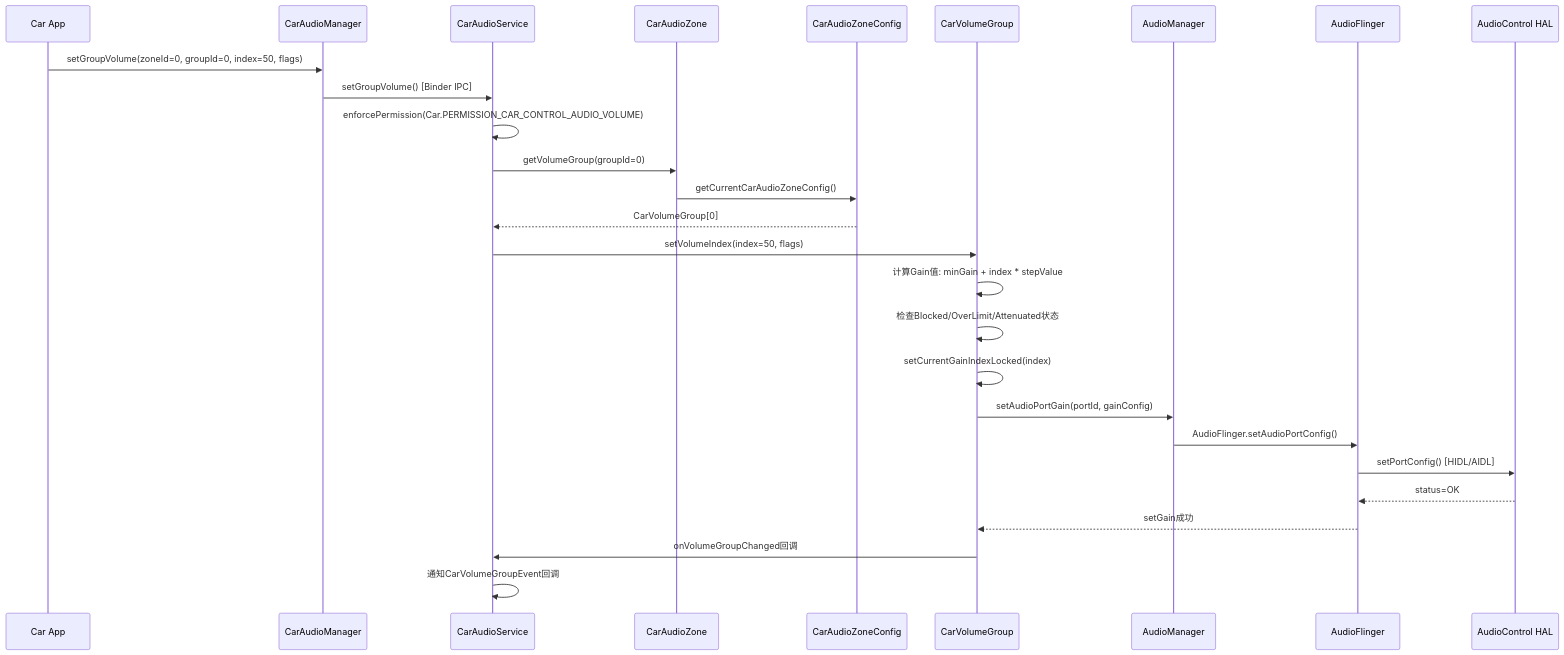
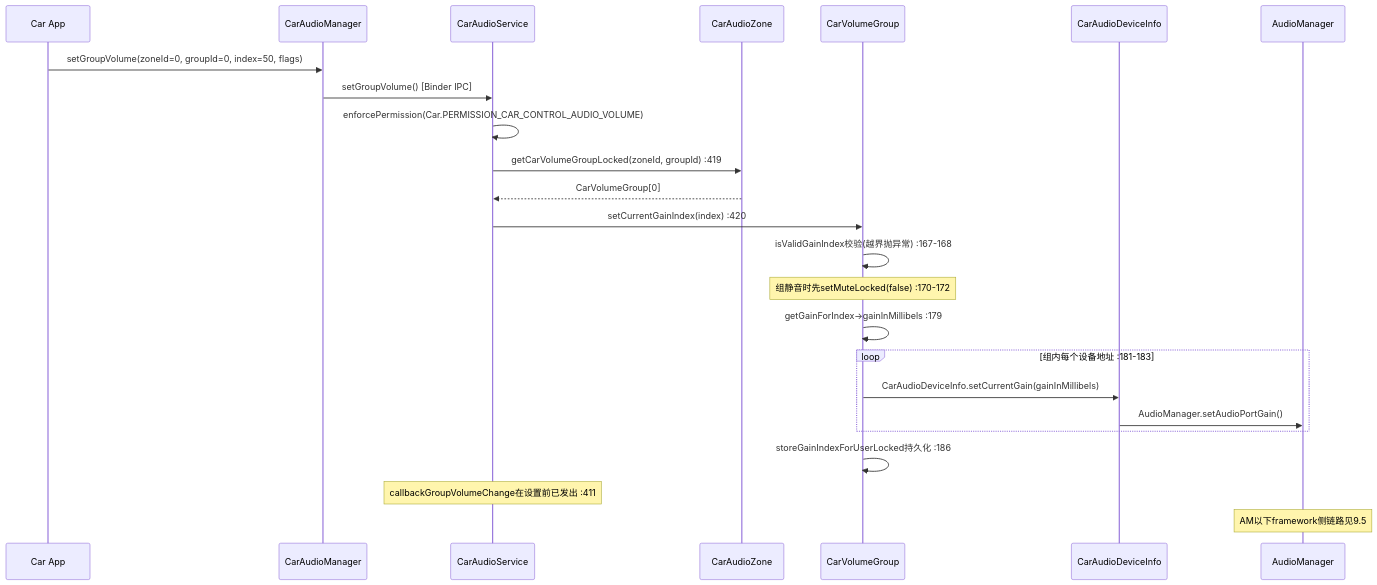
One commit to yanglinzhen1022/SA8295_AAOS_QNX_Audio_KnowledgeBase changed the first of 8 diagrams in 09_AAOS_Car_Audio/09_9.8_AAOS多Zone全栈调用链.md. Above: the diagram before and after it, drawn with Mermaid. The commit also changed other lines of this file and 16 other files, not shown here.

````diff
--- a/09_AAOS_Car_Audio/09_9.8_AAOS多Zone全栈调用链.md
+++ b/09_AAOS_Car_Audio/09_9.8_AAOS多Zone全栈调用链.md
@@ -15,29 +15,26 @@
 ```mermaid
 sequenceDiagram
     participant CarApp as Car App
     participant CarAM as CarAudioManager
     participant CarSvc as CarAudioService
     participant CZ as CarAudioZone
-    participant CZC as CarAudioZoneConfig
     participant CVG as CarVolumeGroup
+    participant CAD as CarAudioDeviceInfo
     participant AM as AudioManager
-    participant AF as AudioFlinger
-    participant HAL as AudioControl HAL
     CarApp->>CarAM: setGroupVolume(zoneId=0, groupId=0, index=50, flags)
     CarAM->>CarSvc: setGroupVolume() [Binder IPC]
     CarSvc->>CarSvc: enforcePermission(Car.PERMISSION_CAR_CONTROL_AUDIO_VOLUME)
-    CarSvc->>CZ: getVolumeGroup(groupId=0)
-    CZ->>CZC: getCurrentCarAudioZoneConfig()
-    CZC-->>CarSvc: CarVolumeGroup[0]
-    CarSvc->>CVG: setVolumeIndex(index=50, flags)
-    CVG->>CVG: 计算Gain值: minGain + index * stepValue
-    CVG->>CVG: 检查Blocked/OverLimit/Attenuated状态
-    CVG->>CVG: setCurrentGainIndexLocked(index)
-    CVG->>AM: setAudioPortGain(portId, gainConfig)
-    AM->>AF: AudioFlinger.setAudioPortConfig()
-    AF->>HAL: setPortConfig() [HIDL/AIDL]
-    HAL-->>AF: status=OK
-    AF-->>CVG: setGain成功
-    CVG->>CarSvc: onVolumeGroupChanged回调
-    CarSvc->>CarSvc: 通知CarVolumeGroupEvent回调
+    CarSvc->>CZ: getCarVolumeGroupLocked(zoneId, groupId) :419
+    CZ-->>CarSvc: CarVolumeGroup[0]
+    CarSvc->>CVG: setCurrentGainIndex(index) :420
+    CVG->>CVG: isValidGainIndex校验(越界抛异常) :167-168
+    Note over CVG: 组静音时先setMuteLocked(false) :170-172
+    CVG->>CVG: getGainForIndex→gainInMillibels :179
+    loop 组内每个设备地址 :181-183
+        CVG->>CAD: CarAudioDeviceInfo.setCurrentGain(gainInMillibels)
+        CAD->>AM: AudioManager.setAudioPortGain()
+    end
+    CVG->>CVG: storeGainIndexForUserLocked持久化 :186
+    Note over CarSvc: callbackGroupVolumeChange在设置前已发出 :411
+    Note over AM: AM以下framework侧链路见9.5
 ```
````
